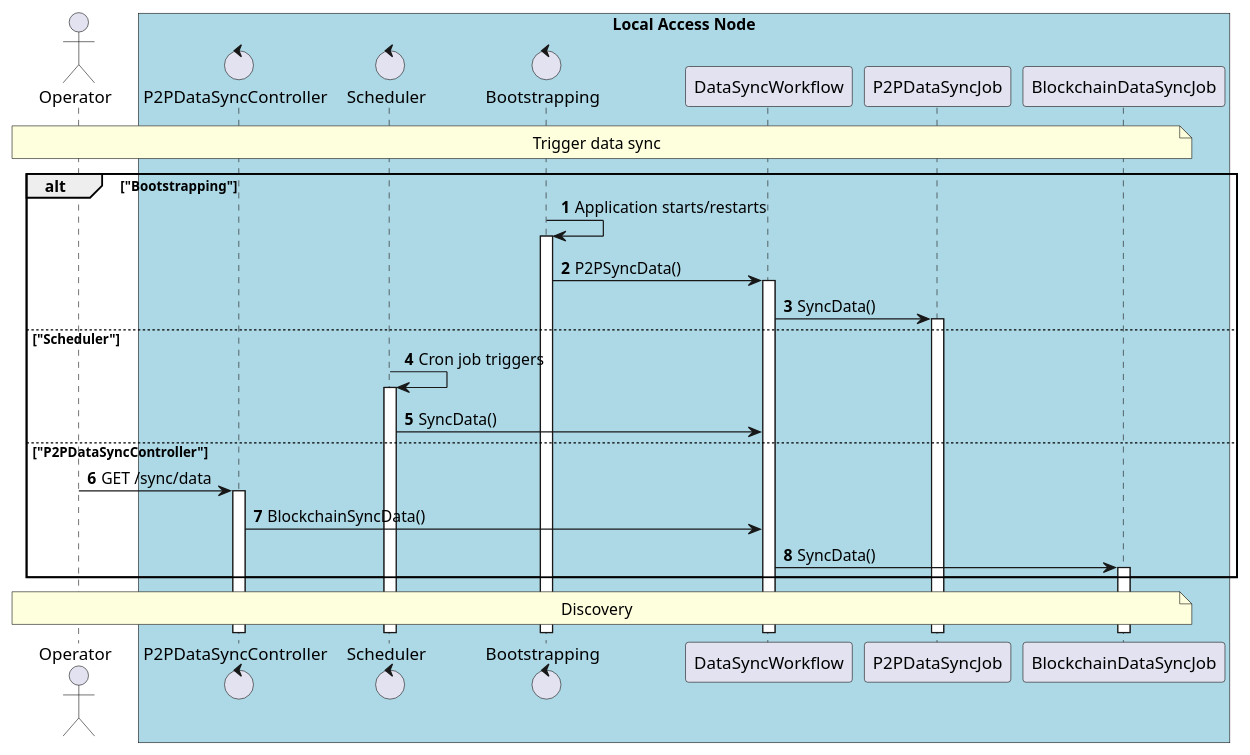
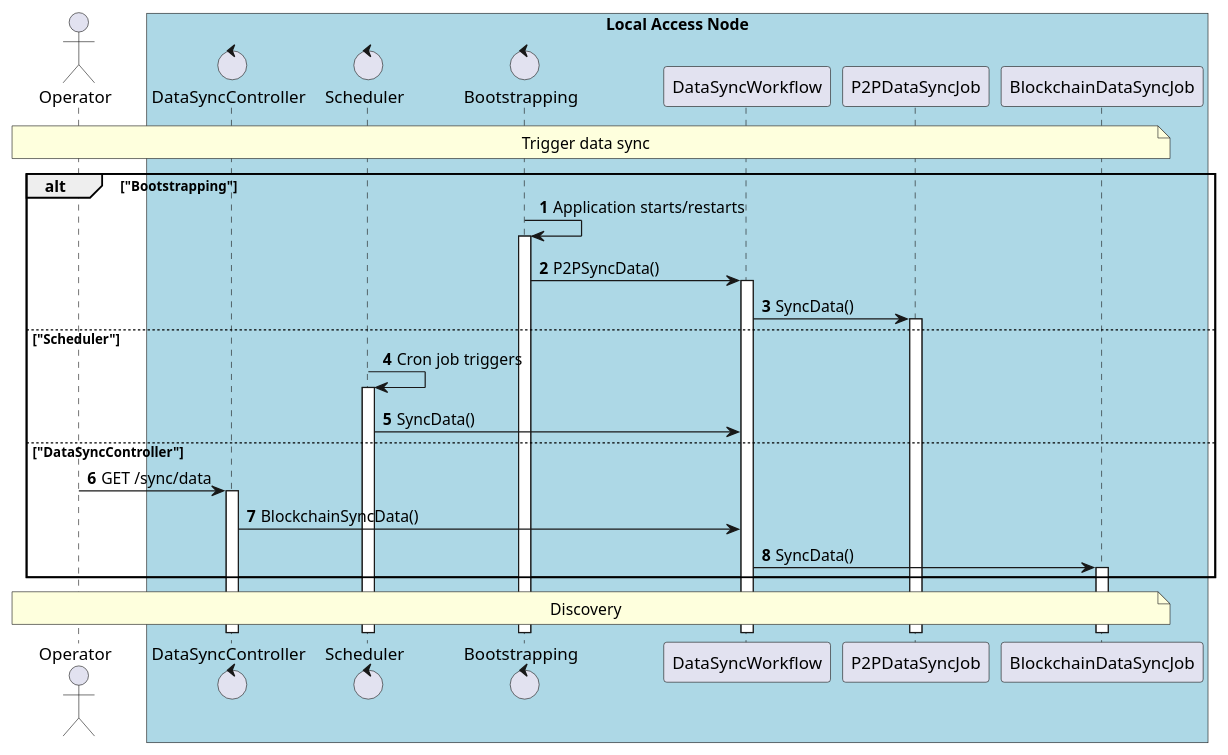
Before and after one commit to in2workspace/in2-guides: the diagram in desmos-tech-doc/diagrams/use-case-data-synchronization-1-triggering.puml, drawn with PlantUML. The commit also changed 5 other files, not shown here.

Commit message:
fix(data-syncronization): change p2p data sync controller to data sync controller

```diff
--- a/desmos-tech-doc/diagrams/use-case-data-synchronization-1-triggering.puml
+++ b/desmos-tech-doc/diagrams/use-case-data-synchronization-1-triggering.puml
@@ -1,43 +1,43 @@
 @startuml
 'https://plantuml.com/sequence-diagram
 
 autonumber
 skinparam BoxPadding 10
 
 ' -------------------- Headers -------------------- '
 
 actor "Operator" as operator
 
 box "Local Access Node" #LightBlue
-    control "P2PDataSyncController" as p2p_data_sync_controller_workflow
+    control "DataSyncController" as data_sync_controller
     control "Scheduler" as scheduler
     control "Bootstrapping" as bootstrapping
     participant "DataSyncWorkflow" as data_sync_workflow
     participant "P2PDataSyncJob" as p2p_data_sync_job
     participant "BlockchainDataSyncJob" as blockchain_data_sync_job
 end box
 
 ' -------------------- Diagram -------------------- '
 
 note over operator, blockchain_data_sync_job
     Trigger data sync
 end note
 
 alt "Bootstrapping"
     bootstrapping -> bootstrapping++: Application starts/restarts
     bootstrapping -> data_sync_workflow++: P2PSyncData()
     data_sync_workflow -> p2p_data_sync_job++: SyncData()
 else "Scheduler"
     scheduler -> scheduler++: Cron job triggers
     scheduler -> data_sync_workflow: SyncData()
-else "P2PDataSyncController"
-    operator -> p2p_data_sync_controller_workflow++: GET /sync/data
-    p2p_data_sync_controller_workflow -> data_sync_workflow: BlockchainSyncData()
+else "DataSyncController"
+    operator -> data_sync_controller++: GET /sync/data
+    data_sync_controller -> data_sync_workflow: BlockchainSyncData()
     data_sync_workflow -> blockchain_data_sync_job++: SyncData()
 end
 
 note over operator, blockchain_data_sync_job
     Discovery
 end note
 
 @enduml
```
